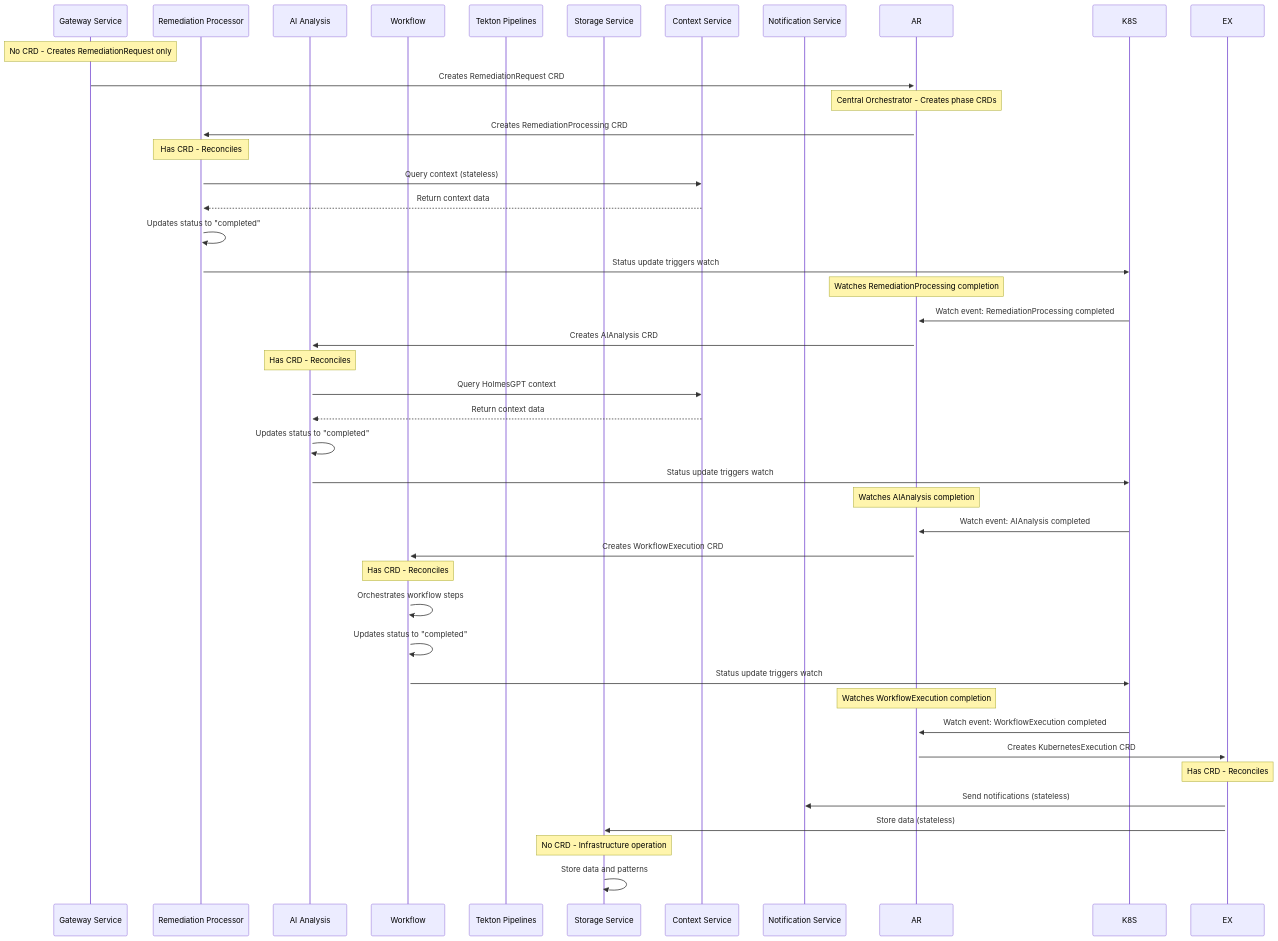
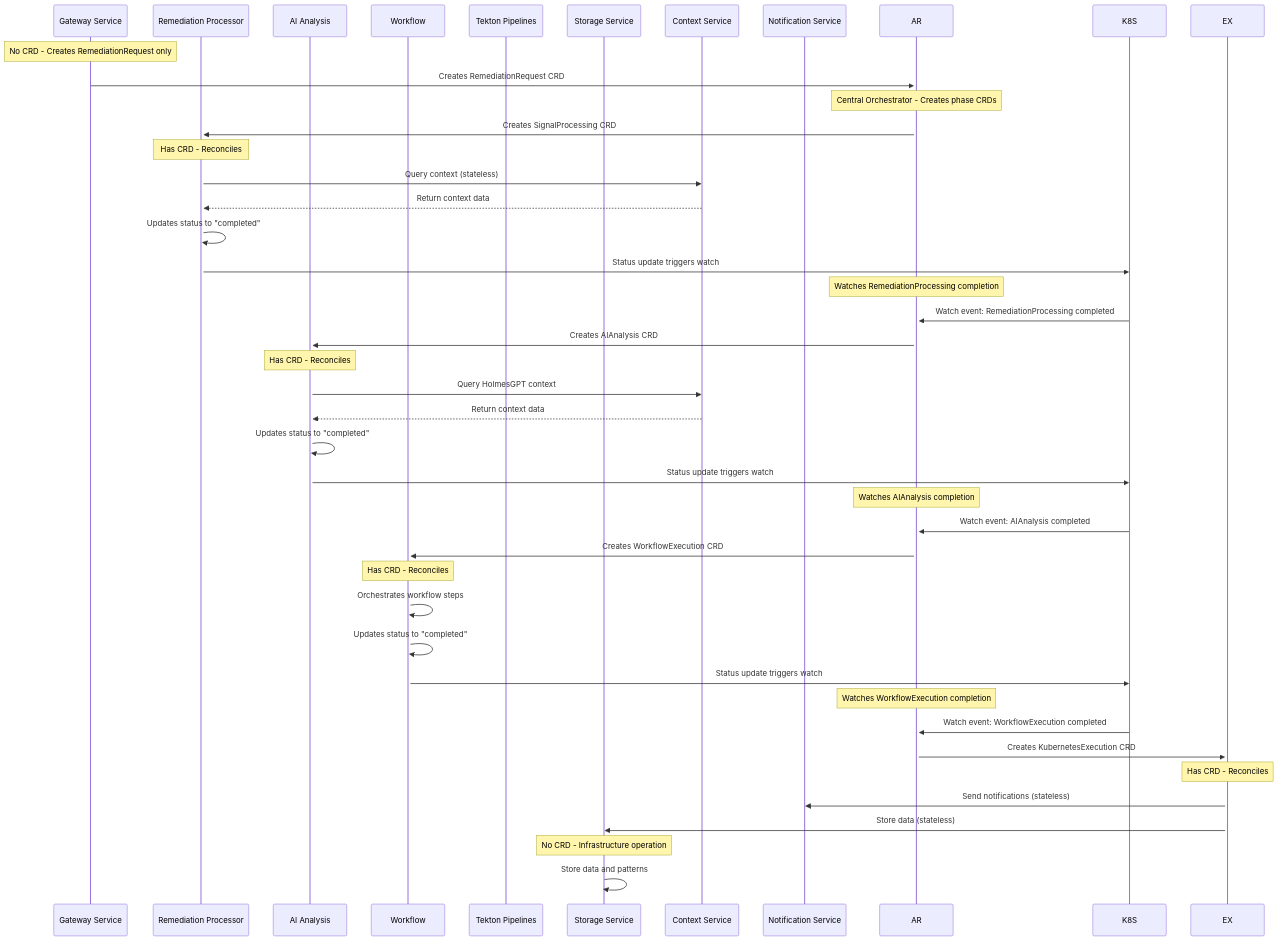
The third of 3 diagrams in docs/architecture/MULTI_CRD_RECONCILIATION_ARCHITECTURE.md (jordigilh/kubernaut), drawn with Mermaid before and after one commit. The commit also changed other lines of this file and 142 other files, not shown here.

First line of the commit message:
docs: Complete RemediationProcessing to SignalProcessing rename (DD-SIGNAL-PROCESSING-001)

````diff
--- a/docs/architecture/MULTI_CRD_RECONCILIATION_ARCHITECTURE.md
+++ b/docs/architecture/MULTI_CRD_RECONCILIATION_ARCHITECTURE.md
@@ -1087,53 +1087,53 @@
 ```mermaid
 sequenceDiagram
     participant GW as Gateway Service
     participant AP as Remediation Processor
     participant AI as AI Analysis
     participant WF as Workflow
     participant TEK as Tekton Pipelines
     participant ST as Storage Service
     participant CTX as Context Service
     participant NOT as Notification Service
 
     Note over GW: No CRD - Creates RemediationRequest only
     GW->>+AR: Creates RemediationRequest CRD
 
     Note over AR: Central Orchestrator - Creates phase CRDs
-    AR->>+AP: Creates RemediationProcessing CRD
+    AR->>+AP: Creates SignalProcessing CRD
 
     Note over AP: Has CRD - Reconciles
     AP->>CTX: Query context (stateless)
     CTX-->>AP: Return context data
     AP->>AP: Updates status to "completed"
     AP->>K8S: Status update triggers watch
 
     Note over AR: Watches RemediationProcessing completion
     K8S->>AR: Watch event: RemediationProcessing completed
     AR->>+AI: Creates AIAnalysis CRD
 
     Note over AI: Has CRD - Reconciles
     AI->>CTX: Query HolmesGPT context
     CTX-->>AI: Return context data
     AI->>AI: Updates status to "completed"
     AI->>K8S: Status update triggers watch
 
     Note over AR: Watches AIAnalysis completion
     K8S->>AR: Watch event: AIAnalysis completed
     AR->>+WF: Creates WorkflowExecution CRD
 
     Note over WF: Has CRD - Reconciles
     WF->>WF: Orchestrates workflow steps
     WF->>WF: Updates status to "completed"
     WF->>K8S: Status update triggers watch
 
     Note over AR: Watches WorkflowExecution completion
     K8S->>AR: Watch event: WorkflowExecution completed
     AR->>+EX: Creates KubernetesExecution CRD
 
     Note over EX: Has CRD - Reconciles
     EX->>NOT: Send notifications (stateless)
     EX->>ST: Store data (stateless)
 
     Note over ST: No CRD - Infrastructure operation
     ST->>ST: Store data and patterns
 ```
````
